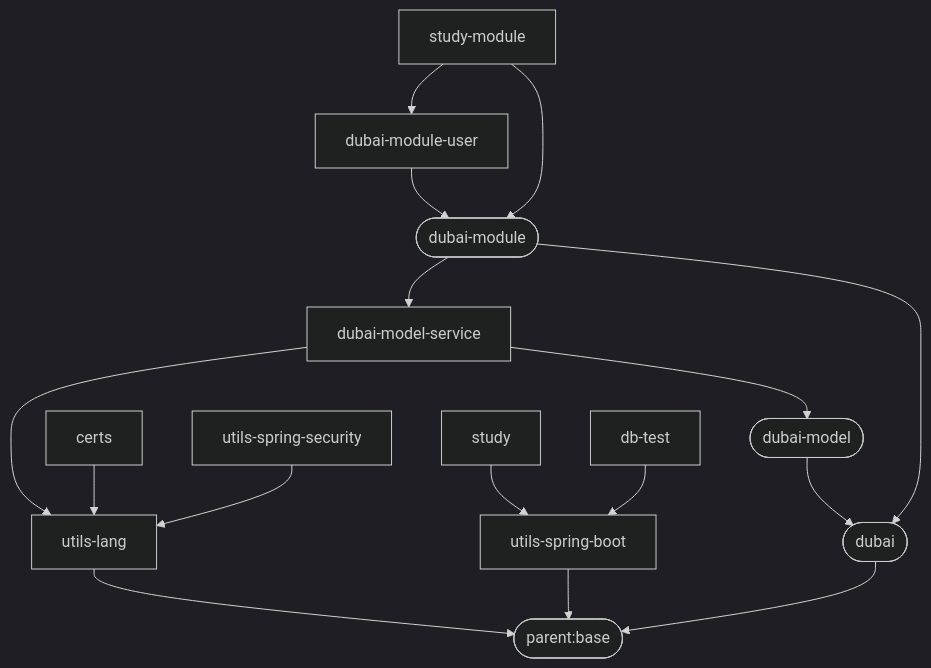
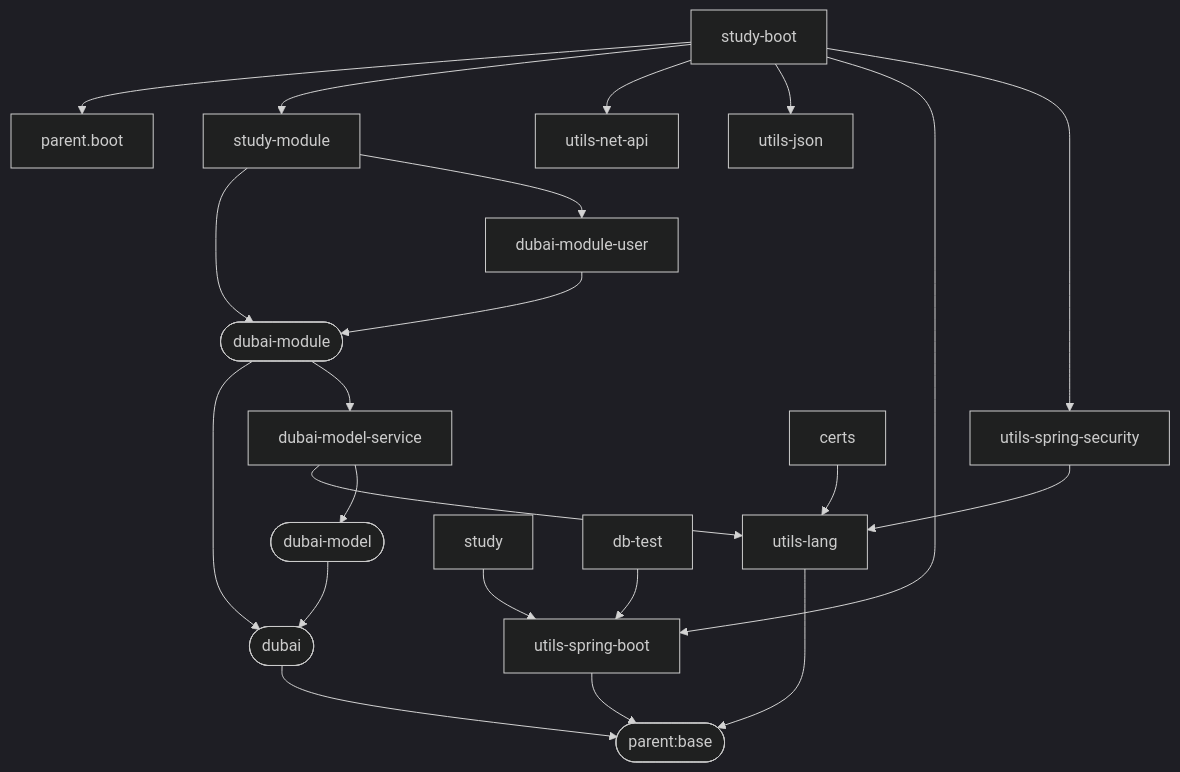
Before and after one commit to dbstarll/dbstarll.github.io: the diagram in README.md, drawn with Mermaid (dark theme). The commit also changed other lines of this file, not shown here.

Commit message:
增加study-boot

````diff
--- a/README.md
+++ b/README.md
@@ -12,25 +13,32 @@
 ```mermaid
 graph TD;
     parent.base([parent:base]);
 
     utils-lang-->parent.base;
 
     utils-spring-boot-->parent.base;
 
     dubai([dubai])-->parent.base;
     dubai-model([dubai-model])-->dubai;
     dubai-model-service-->utils-lang;
     dubai-model-service-->dubai-model;
     dubai-module([dubai-module])-->dubai;
     dubai-module-->dubai-model-service;
     
     dubai-module-user-->dubai-module;
 
     study-module-->dubai-module;
     study-module-->dubai-module-user;
 
+    study-boot-->parent.boot;
+    study-boot-->study-module;
+    study-boot-->utils-net-api;
+    study-boot-->utils-json;
+    study-boot-->utils-spring-boot;
+    study-boot-->utils-spring-security;
+
     certs-->utils-lang;
     utils-spring-security-->utils-lang;
     study-->utils-spring-boot;
     db-test-->utils-spring-boot;
 ```
````
